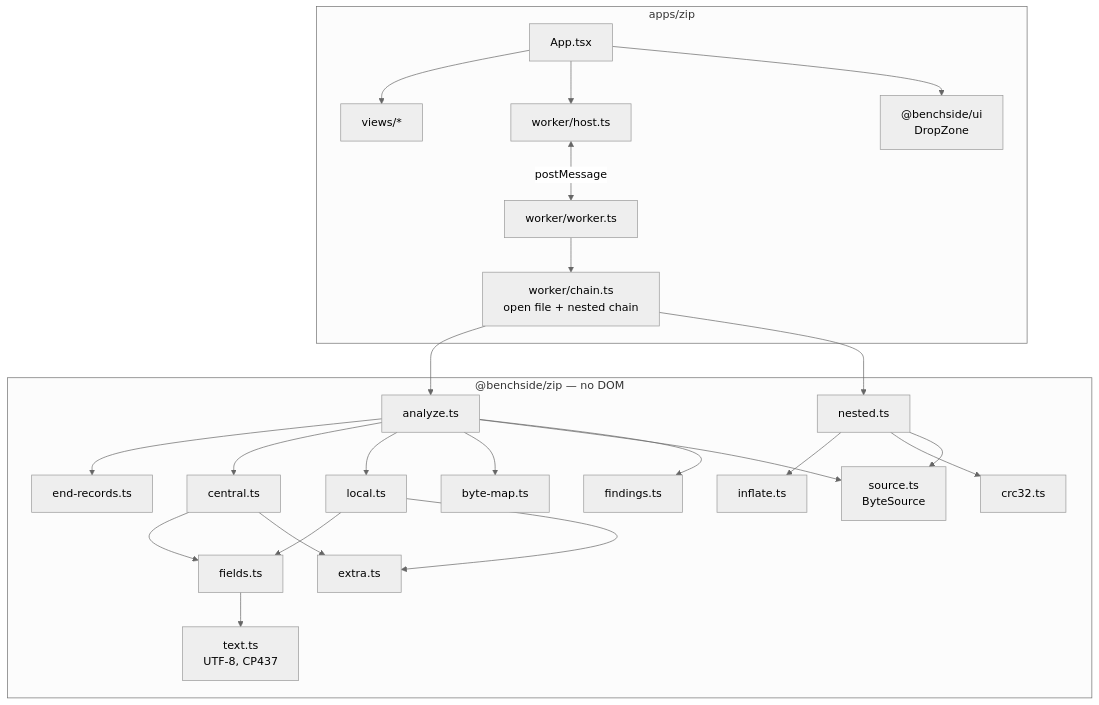
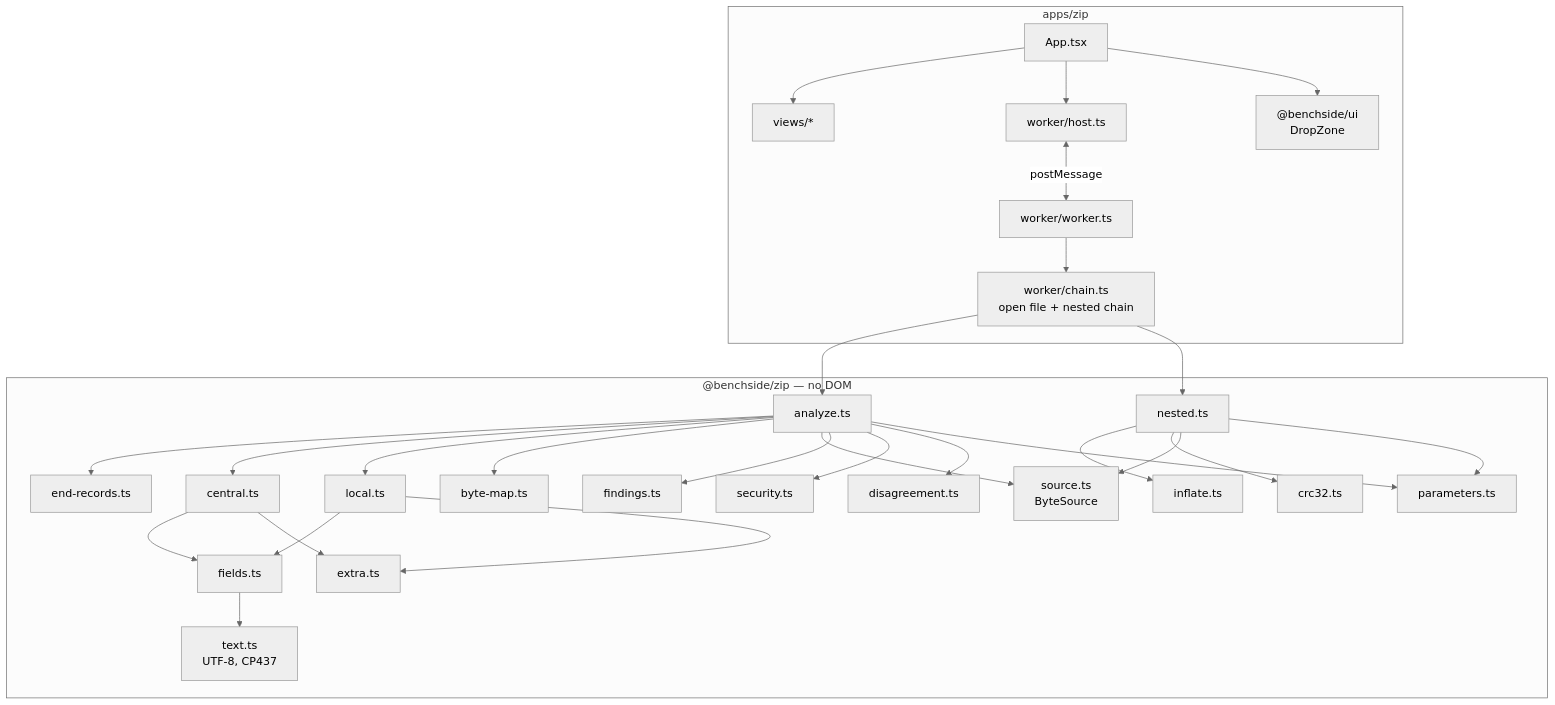
The first of 4 diagrams in docs/explanation/zip-architecture.md (photom/benchside), drawn with Mermaid (neutral theme) before and after one commit. The commit also changed other lines of this file and 45 other files, not shown here.

Commit message:
Add ZIP security checks, reader disagreement, and parameters (#5)

````diff
--- a/docs/explanation/zip-architecture.md
+++ b/docs/explanation/zip-architecture.md
@@ -7,25 +7,28 @@
 ```mermaid
 flowchart TD
   subgraph app ["apps/zip"]
     App[App.tsx] --> views[views/*]
     App --> host[worker/host.ts]
     host <-- postMessage --> worker[worker/worker.ts]
     worker --> chain["worker/chain.ts<br/>open file + nested chain"]
     App --> ui["@benchside/ui<br/>DropZone"]
   end
   subgraph pkg ["@benchside/zip — no DOM"]
     analyze[analyze.ts] --> endr[end-records.ts]
     analyze --> central[central.ts]
     analyze --> local[local.ts]
     analyze --> map[byte-map.ts]
     central & local --> fields[fields.ts]
     central & local --> extra[extra.ts]
     fields --> text[text.ts<br/>UTF-8, CP437]
     open[nested.ts] --> inflate[inflate.ts]
     open --> crc[crc32.ts]
     analyze & open --> source[source.ts<br/>ByteSource]
     analyze --> findings[findings.ts]
+    analyze --> sec[security.ts]
+    analyze --> rd[disagreement.ts]
+    analyze & open --> params[parameters.ts]
   end
   chain --> analyze
   chain --> open
 ```
````
